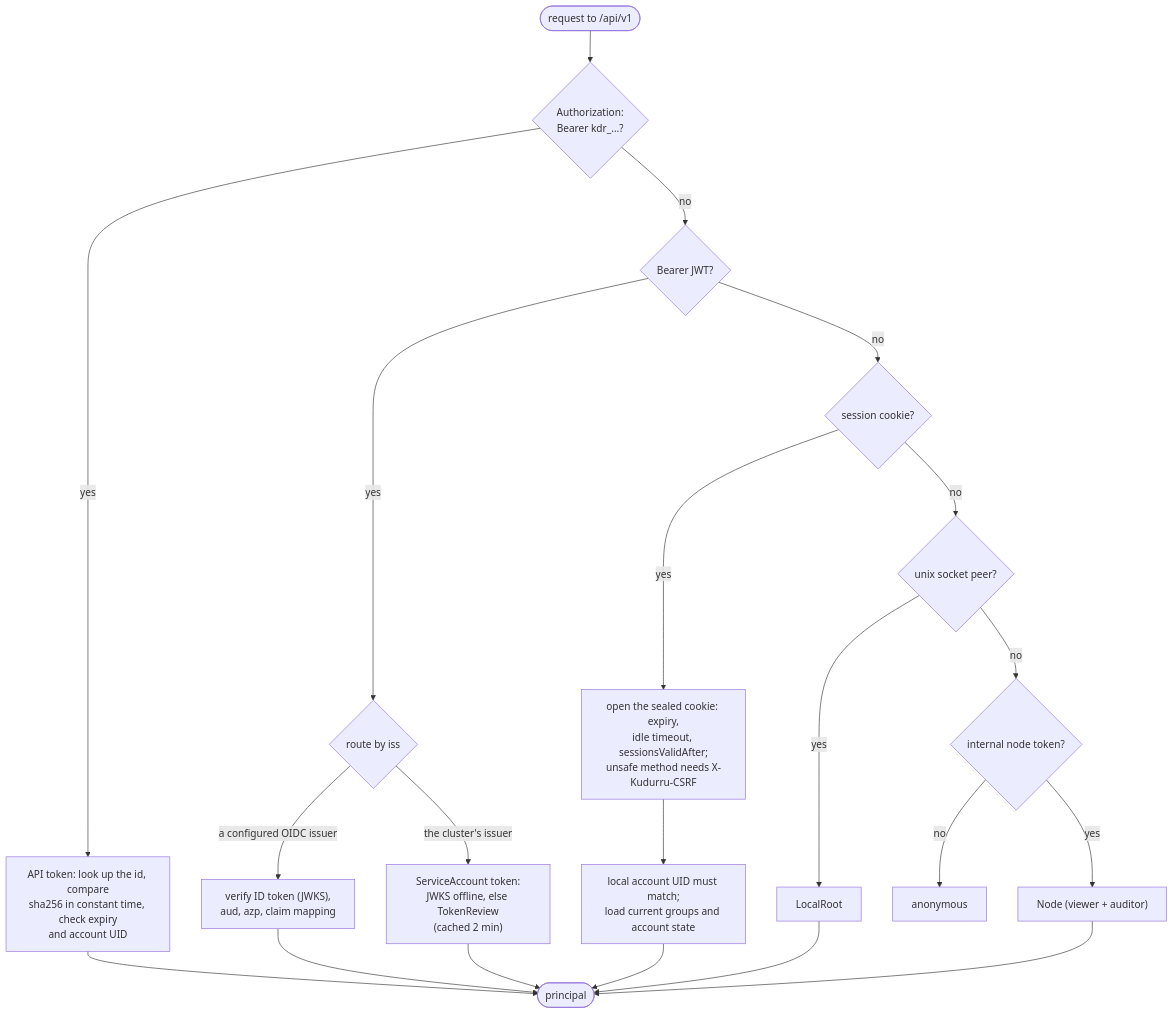
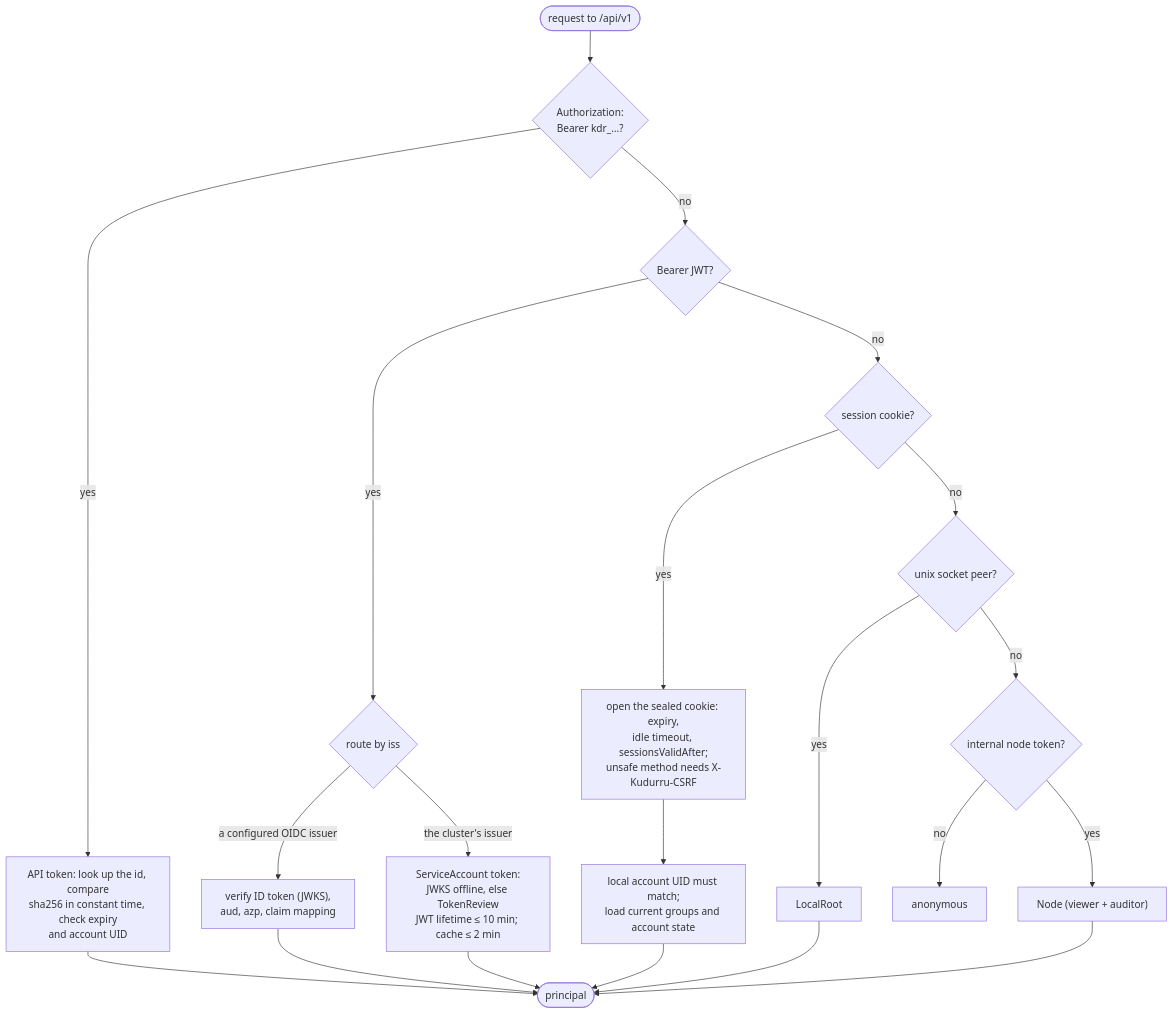
Before and after one commit to robertherbaugh/kudurru: the fifth of 10 diagrams in docs/architecture/access.md, drawn with Mermaid. The commit also changed other lines of this file and 2 other files, not shown here.

Commit message:
docs(auth): explain bounded Kubernetes token validity

````diff
--- a/docs/architecture/access.md
+++ b/docs/architecture/access.md
@@ -437,23 +437,23 @@
 ```mermaid
 flowchart TD
     R(["request to /api/v1"]) --> B{"Authorization:<br/>Bearer kdr_…?"}
     B -- "yes" --> TOK["API token: look up the id, compare<br/>sha256 in constant time, check expiry<br/>and account UID"]
     B -- "no" --> J{"Bearer JWT?"}
     J -- "yes" --> ISS{"route by iss"}
     ISS -- "a configured OIDC issuer" --> OIDC["verify ID token (JWKS),<br/>aud, azp, claim mapping"]
-    ISS -- "the cluster's issuer" --> K8S["ServiceAccount token:<br/>JWKS offline, else TokenReview<br/>(cached 2 min)"]
+    ISS -- "the cluster's issuer" --> K8S["ServiceAccount token:<br/>JWKS offline, else TokenReview<br/>JWT lifetime ≤ 10 min; cache ≤ 2 min"]
     J -- "no" --> CK{"session cookie?"}
     CK -- "yes" --> SES["open the sealed cookie: expiry,<br/>idle timeout, sessionsValidAfter;<br/>unsafe method needs X-Kudurru-CSRF"]
     CK -- "no" --> UX{"unix socket peer?"}
     UX -- "yes" --> ROOT["LocalRoot"]
     UX -- "no" --> NT{"internal node token?"}
     NT -- "yes" --> NODE["Node (viewer + auditor)"]
     NT -- "no" --> ANON["anonymous"]
     TOK --> P(["principal"])
     OIDC --> P
     K8S --> P
     SES --> UID["local account UID must match;<br/>load current groups and account state"]
     UID --> P
     ROOT --> P
     NODE --> P
 ```
````
